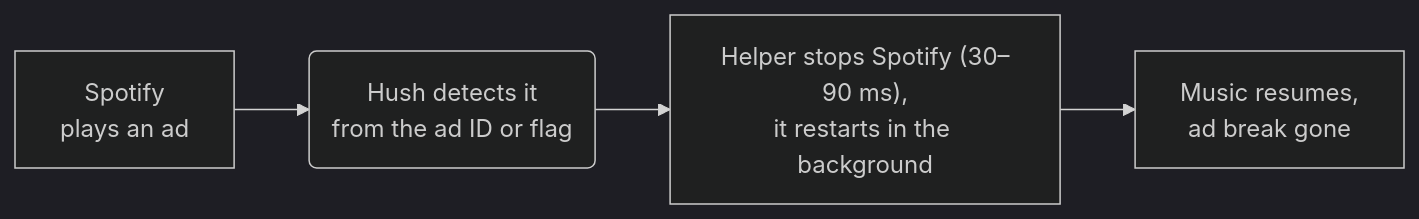
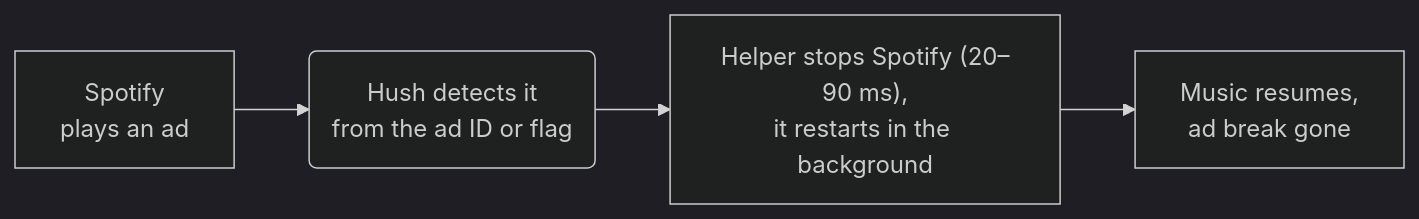
One commit to coldMEW/Hush changed the second of 3 diagrams in README.md. Above: the diagram before and after it, drawn with Mermaid (dark theme). The commit also changed other lines of this file and 27 other files, not shown here.

````diff
--- a/README.md
+++ b/README.md
@@ -72,6 +244,6 @@
 ```mermaid
 flowchart LR
     A["Spotify<br/>plays an ad"] --> B("Hush detects it<br/>from the ad ID or flag")
-    B --> C["Helper stops Spotify (30–90 ms),<br/>it restarts in the background"]
+    B --> C["Helper stops Spotify (20–90 ms),<br/>it restarts in the background"]
     C --> D["Music resumes,<br/>ad break gone"]
 ```
````
